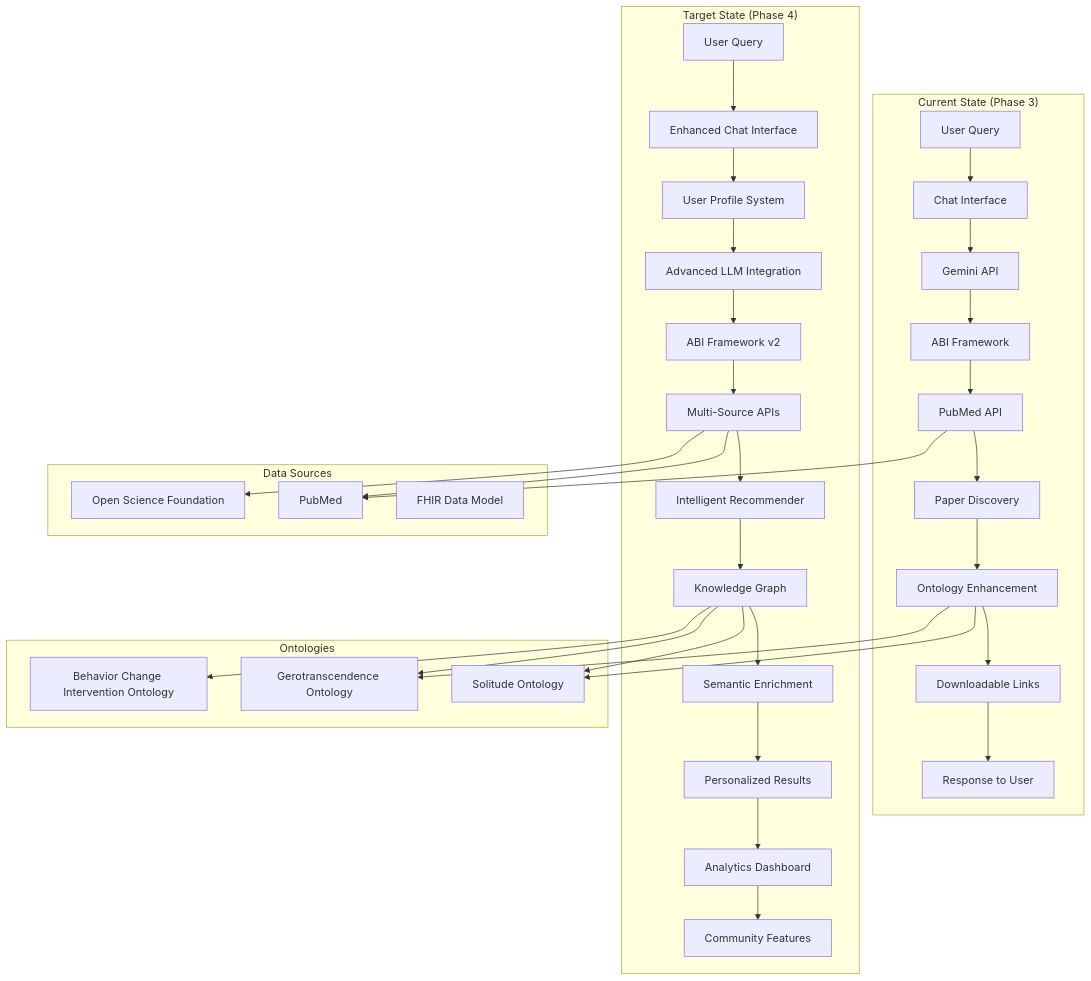
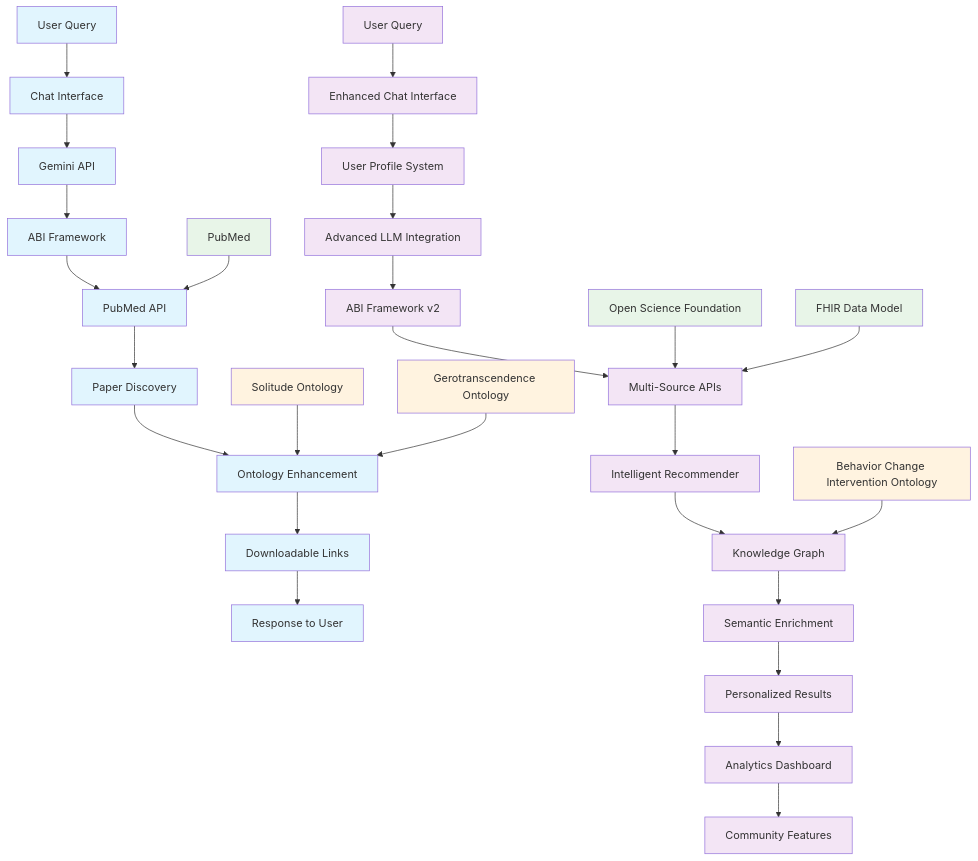
One commit to NCOR-Organization/HealthyPhases changed the diagram in docs/resources/portal.md. Above: the diagram before and after it, drawn with Mermaid. The commit also changed other lines of this file, not shown here.

Commit message:
Fix Mermaid diagram rendering in portal documentation
- Simplify complex subgraph structure to basic graph TD format
- Add color-coded legend for different component types
- Use classDef styling for visual distinction between current/target states
- Remove problematic subgraph syntax that was preventing rendering
- Diagram now shows clear flow from current Phase 3 to target Phase 4

````diff
--- a/docs/resources/portal.md
+++ b/docs/resources/portal.md
@@ -55,48 +61,41 @@
 ```mermaid
-graph TB
-    subgraph "Current State (Phase 3)"
-        A[User Query] --> B[Chat Interface]
-        B --> C[Gemini API]
-        C --> D[ABI Framework]
-        D --> E[PubMed API]
-        E --> F[Paper Discovery]
-        F --> G[Ontology Enhancement]
-        G --> H[Downloadable Links]
-        H --> I[Response to User]
-    end
+graph TD
+    A[User Query] --> B[Chat Interface]
+    B --> C[Gemini API]
+    C --> D[ABI Framework]
+    D --> E[PubMed API]
+    E --> F[Paper Discovery]
+    F --> G[Ontology Enhancement]
+    G --> H[Downloadable Links]
+    H --> I[Response to User]
     
-    subgraph "Target State (Phase 4)"
-        J[User Query] --> K[Enhanced Chat Interface]
-        K --> L[User Profile System]
-        L --> M[Advanced LLM Integration]
-        M --> N[ABI Framework v2]
-        N --> O[Multi-Source APIs]
-        O --> P[Intelligent Recommender]
-        P --> Q[Knowledge Graph]
-        Q --> R[Semantic Enrichment]
-        R --> S[Personalized Results]
-        S --> T[Analytics Dashboard]
-        T --> U[Community Features]
-    end
+    J[User Query] --> K[Enhanced Chat Interface]
+    K --> L[User Profile System]
+    L --> M[Advanced LLM Integration]
+    M --> N[ABI Framework v2]
+    N --> O[Multi-Source APIs]
+    O --> P[Intelligent Recommender]
+    P --> Q[Knowledge Graph]
+    Q --> R[Semantic Enrichment]
+    R --> S[Personalized Results]
+    S --> T[Analytics Dashboard]
+    T --> U[Community Features]
     
-    subgraph "Data Sources"
-        V[PubMed]
-        W[Open Science Foundation]
-        X[FHIR Data Model]
-    end
+    V[PubMed] --> E
+    W[Open Science Foundation] --> O
+    X[FHIR Data Model] --> O
     
-    subgraph "Ontologies"
-        Y[Solitude Ontology]
-        Z[Gerotranscendence Ontology]
-        AA[Behavior Change Intervention Ontology]
-    end
+    Y[Solitude Ontology] --> G
+    Z[Gerotranscendence Ontology] --> G
+    AA[Behavior Change Intervention Ontology] --> Q
     
-    E --> V
-    O --> V
-    O --> W
-    G --> Y
-    G --> Z
-    Q --> Y
-    Q --> Z
-    Q --> AA
+    classDef current fill:#e1f5fe
+    classDef target fill:#f3e5f5
+    classDef data fill:#e8f5e8
+    classDef ontology fill:#fff3e0
+    
+    class A,B,C,D,E,F,G,H,I current
+    class J,K,L,M,N,O,P,Q,R,S,T,U target
+    class V,W,X data
+    class Y,Z,AA ontology
 ```
````
